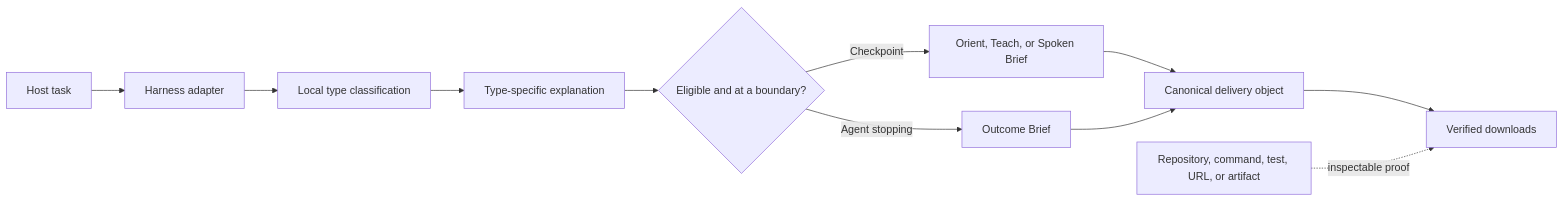
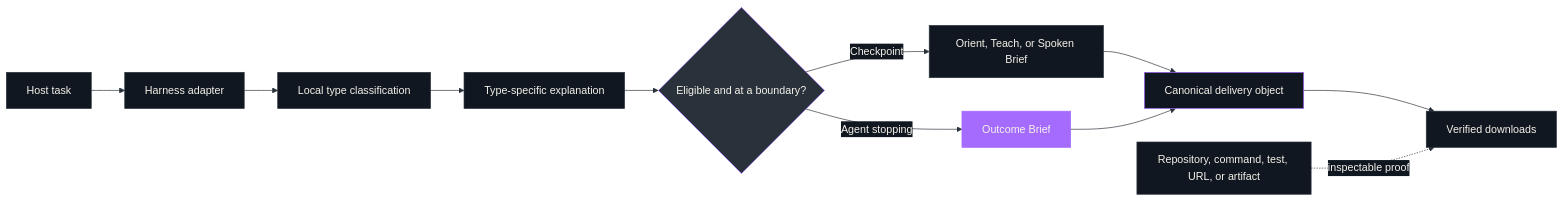
Before and after one commit to MauricioVieiraBraga/brief-spec: the first of 2 diagrams in README.md, drawn with Mermaid. The commit also changed other lines of this file, not shown here.

````diff
--- a/README.md
+++ b/README.md
@@ -146,13 +52,25 @@
 ```mermaid
+%%{init: {'theme': 'base', 'themeVariables': { 'primaryColor': '#111720', 'primaryTextColor': '#F5F2EA', 'primaryBorderColor': '#A56BFF', 'lineColor': '#29313A', 'secondaryColor': '#070A0F', 'tertiaryColor': '#29313A', 'background': '#070A0F', 'mainBkg': '#111720', 'nodeBorder': '#A56BFF', 'clusterBkg': '#111720', 'titleColor': '#F5F2EA', 'edgeLabelBackground': '#111720'}}}%%
 flowchart LR
     A["Host task"] --> B["Harness adapter"]
     B --> C["Local type classification"]
     C --> D["Type-specific explanation"]
     D --> E{"Eligible and at a boundary?"}
     E -->|"Checkpoint"| F["Orient, Teach, or Spoken Brief"]
     E -->|"Agent stopping"| G["Outcome Brief"]
     F --> H["Canonical delivery object"]
     G --> H
     H --> I["Verified downloads"]
     J["Repository, command, test, URL, or artifact"] -. "inspectable proof" .-> I
+
+    style A fill:#111720,stroke:#29313A,color:#F5F2EA
+    style B fill:#111720,stroke:#29313A,color:#F5F2EA
+    style C fill:#111720,stroke:#29313A,color:#F5F2EA
+    style D fill:#111720,stroke:#29313A,color:#F5F2EA
+    style E fill:#29313A,stroke:#A56BFF,color:#F5F2EA
+    style F fill:#111720,stroke:#29313A,color:#F5F2EA
+    style G fill:#A56BFF,stroke:#A56BFF,color:#F5F2EA
+    style H fill:#111720,stroke:#A56BFF,color:#F5F2EA
+    style I fill:#111720,stroke:#29313A,color:#F5F2EA
+    style J fill:#111720,stroke:#29313A,color:#F5F2EA
 ```
````
